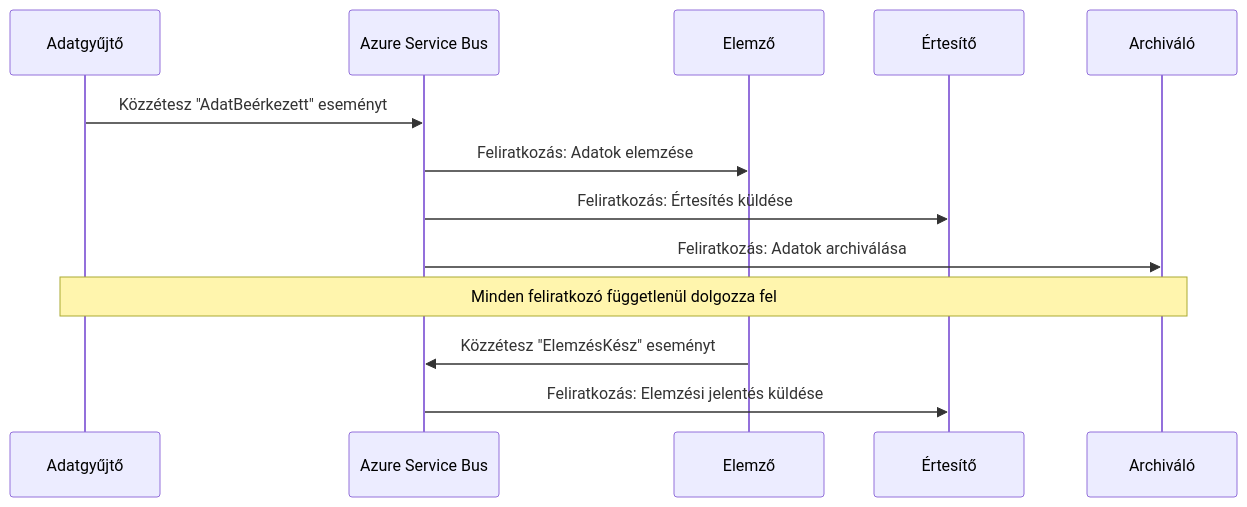
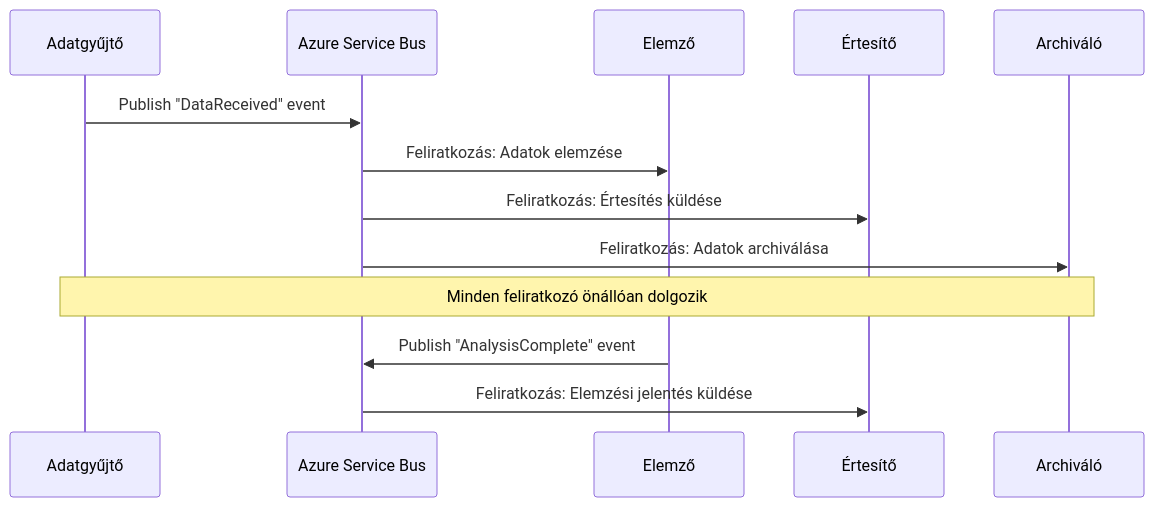
One commit to microsoft/AZD-for-beginners changed the fourth of 6 diagrams in translations/hu/docs/chapter-06-pre-deployment/coordination-patterns.md. Above: the diagram before and after it, drawn with Mermaid. The commit also changed other lines of this file and 101 other files, not shown here.

````diff
--- a/translations/hu/docs/chapter-06-pre-deployment/coordination-patterns.md
+++ b/translations/hu/docs/chapter-06-pre-deployment/coordination-patterns.md
@@ -191,18 +185,18 @@
 ```mermaid
 sequenceDiagram
     participant Agent1 as Adatgyűjtő
     participant EventBus as Azure Service Bus
     participant Agent2 as Elemző
     participant Agent3 as Értesítő
     participant Agent4 as Archiváló
     
-    Agent1->>EventBus: Közzétesz "AdatBeérkezett" eseményt
+    Agent1->>EventBus: Publish "DataReceived" event
     EventBus->>Agent2: Feliratkozás: Adatok elemzése
     EventBus->>Agent3: Feliratkozás: Értesítés küldése
     EventBus->>Agent4: Feliratkozás: Adatok archiválása
     
-    Note over Agent1,Agent4: Minden feliratkozó függetlenül dolgozza fel
+    Note over Agent1,Agent4: Minden feliratkozó önállóan dolgozik
     
-    Agent2->>EventBus: Közzétesz "ElemzésKész" eseményt
+    Agent2->>EventBus: Publish "AnalysisComplete" event
     EventBus->>Agent3: Feliratkozás: Elemzési jelentés küldése
-```
+```  
````
